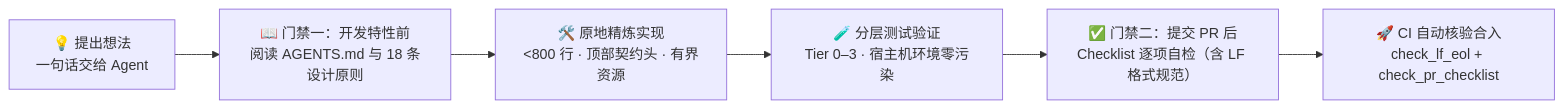
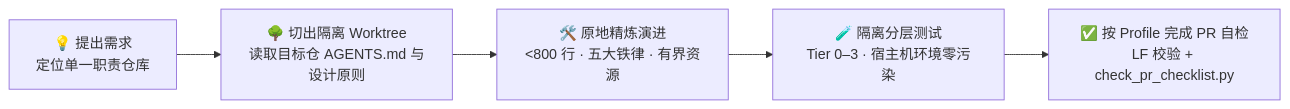
One commit to mindie-agent/mindie-agent changed the diagram in CONTRIBUTING.md. Above: the diagram before and after it, drawn with Mermaid. The commit also changed other lines of this file and 65 other files, not shown here.

Commit message:
refactor(hub): worktree-native repo_roots, focused AST gates, 8-profile checklist, and docs/archive (#369)

````diff
--- a/CONTRIBUTING.md
+++ b/CONTRIBUTING.md
@@ -57,8 +87,7 @@
 ```mermaid
 flowchart LR
-  A["💡 提出想法<br/>一句话交给 Agent"] --> B["📖 门禁一：开发特性前<br/>阅读 AGENTS.md 与 18 条设计原则"]
-  B --> C["🛠️ 原地精炼实现<br/>&lt;800 行 · 顶部契约头 · 有界资源"]
-  C --> D["🧪 分层测试验证<br/>Tier 0–3 · 宿主机环境零污染"]
-  D --> E["✅ 门禁二：提交 PR 后<br/>Checklist 逐项自检（含 LF 格式规范）"]
-  E --> F["🚀 CI 自动核验合入<br/>check_lf_eol + check_pr_checklist"]
+  A["💡 提出需求<br/>定位单一职责仓库"] --> B["🌳 切出隔离 Worktree<br/>读取目标仓 AGENTS.md 与设计原则"]
+  B --> C["🛠️ 原地精炼演进<br/>&lt;800 行 · 五大铁律 · 有界资源"]
+  C --> D["🧪 隔离分层测试<br/>Tier 0–3 · 宿主机环境零污染"]
+  D --> E["✅ 按 Profile 完成 PR 自检<br/>LF 校验 + check_pr_checklist.py"]
 ```
````
